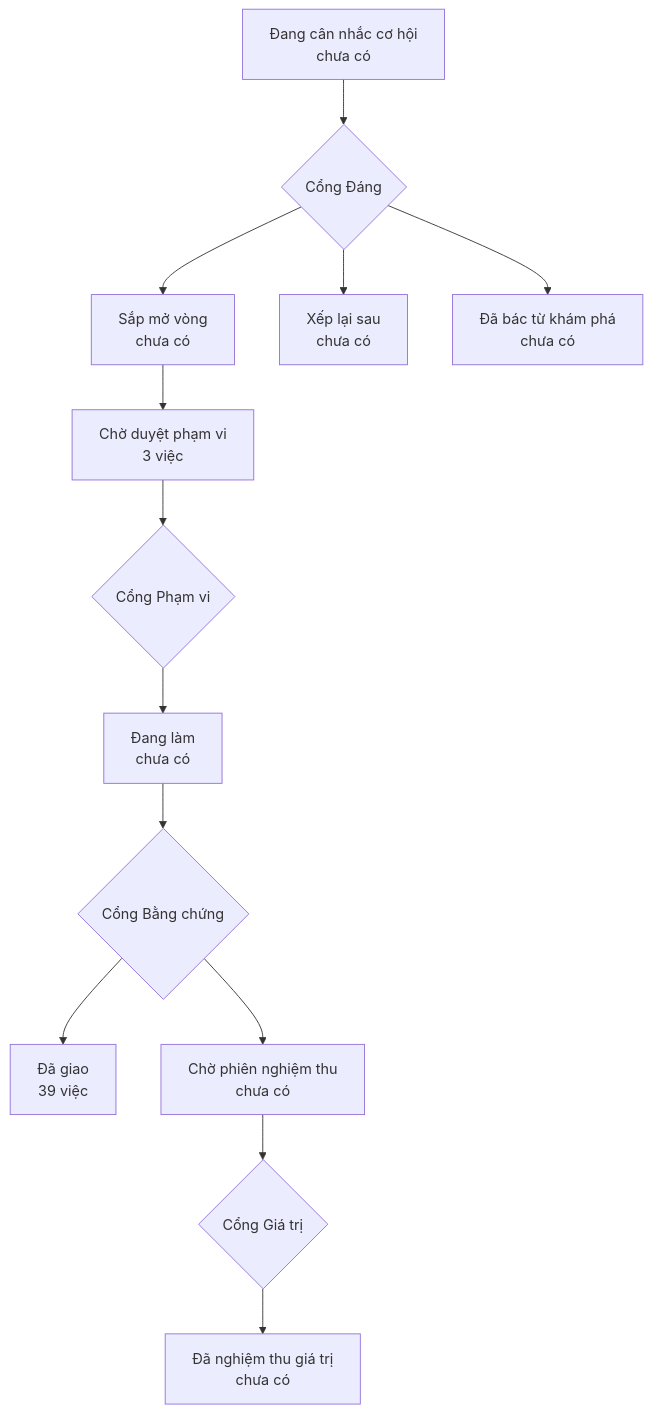
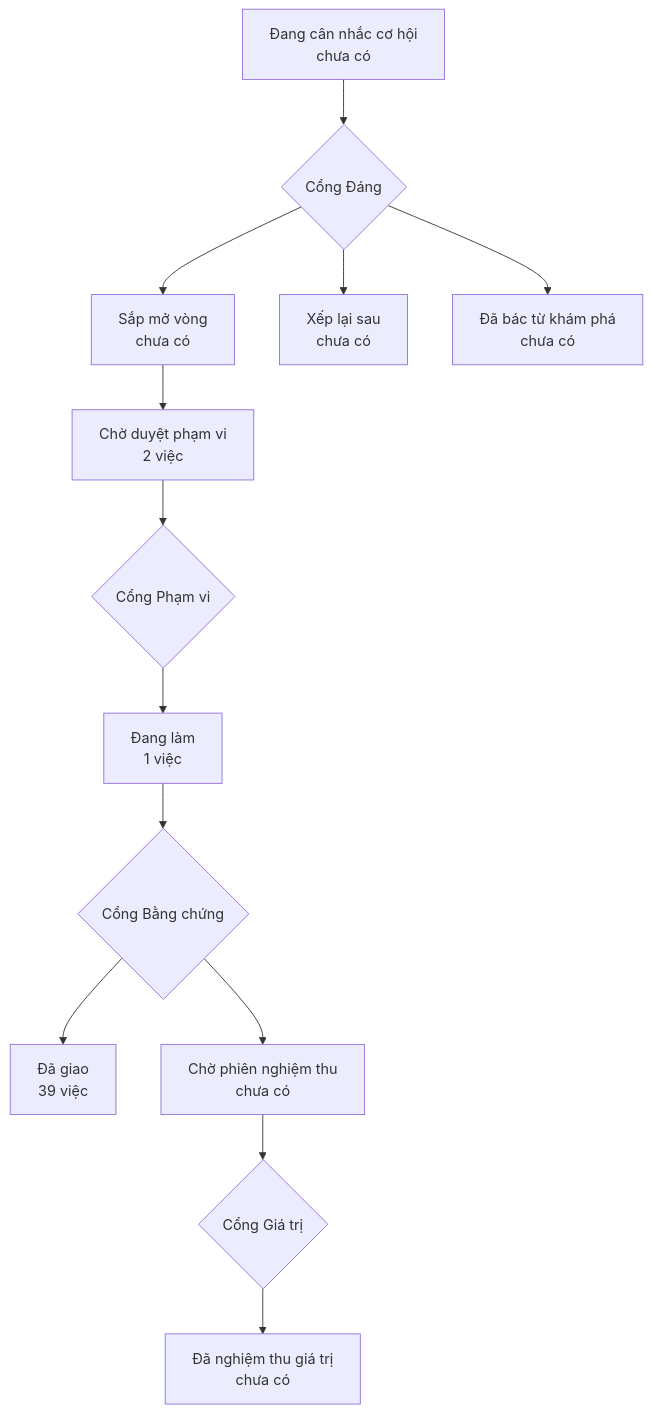
One commit to phanlemanh/acceptance-gate-kit changed the diagram in PRODUCT-MAP.md. Above: the diagram before and after it, drawn with Mermaid. The commit also changed other lines of this file and 14 other files, not shown here.

First line of the commit message:
1c: bốn lượt đổi hành vi ở cổng người — khối 👉 thôi làm luật mỗi-tin, T1 tuyên-kèm-căn-cứ, quét độ phủ tự dựng, khởi tạo một-lần-gạch

````diff
--- a/PRODUCT-MAP.md
+++ b/PRODUCT-MAP.md
@@ -6,12 +6,12 @@
 ```mermaid
 flowchart TD
   A["Đang cân nhắc cơ hội<br/>chưa có"] --> GD{"Cổng Đáng"}
   GD --> B["Sắp mở vòng<br/>chưa có"]
   GD --> XL["Xếp lại sau<br/>chưa có"]
   GD --> DB["Đã bác từ khám phá<br/>chưa có"]
-  B --> CD["Chờ duyệt phạm vi<br/>3 việc"] --> GP{"Cổng Phạm vi"}
-  GP --> DL["Đang làm<br/>chưa có"] --> GB{"Cổng Bằng chứng"}
+  B --> CD["Chờ duyệt phạm vi<br/>2 việc"] --> GP{"Cổng Phạm vi"}
+  GP --> DL["Đang làm<br/>1 việc"] --> GB{"Cổng Bằng chứng"}
   GB --> DG["Đã giao<br/>39 việc"]
   GB --> CN["Chờ phiên nghiệm thu<br/>chưa có"] --> GG{"Cổng Giá trị"}
   GG --> NT["Đã nghiệm thu giá trị<br/>chưa có"]
 ```
````
